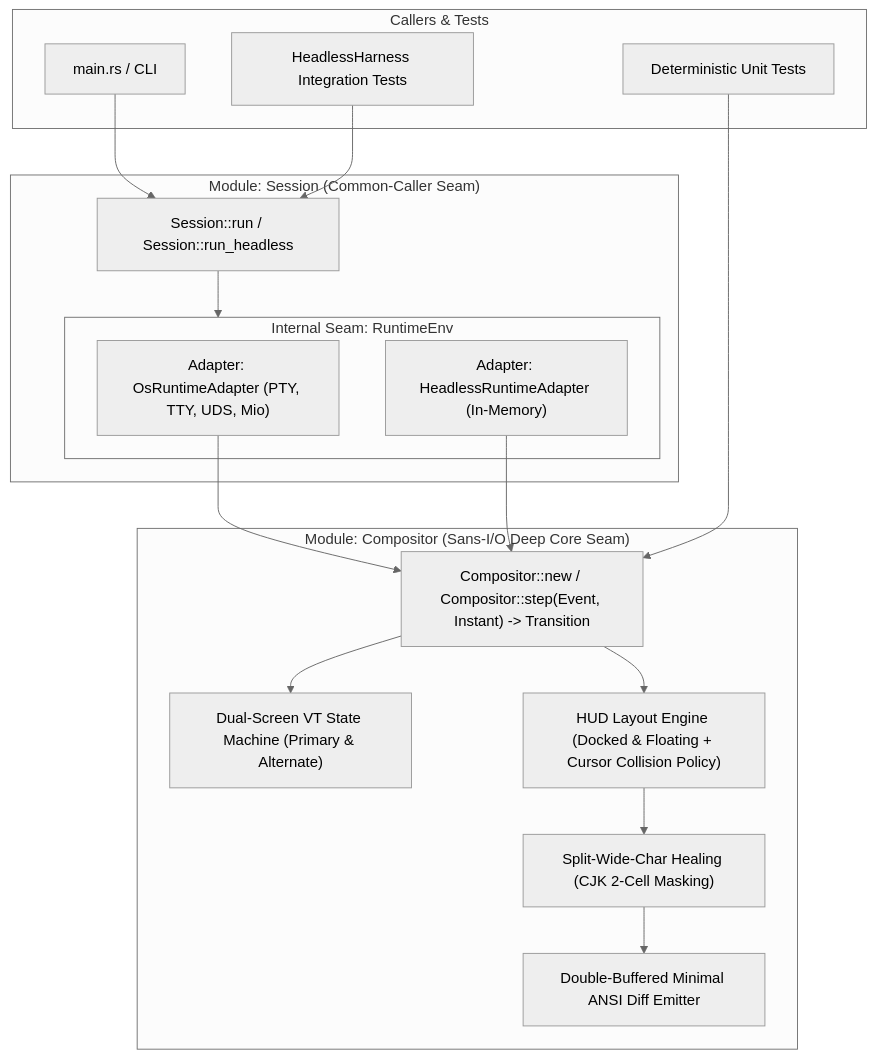
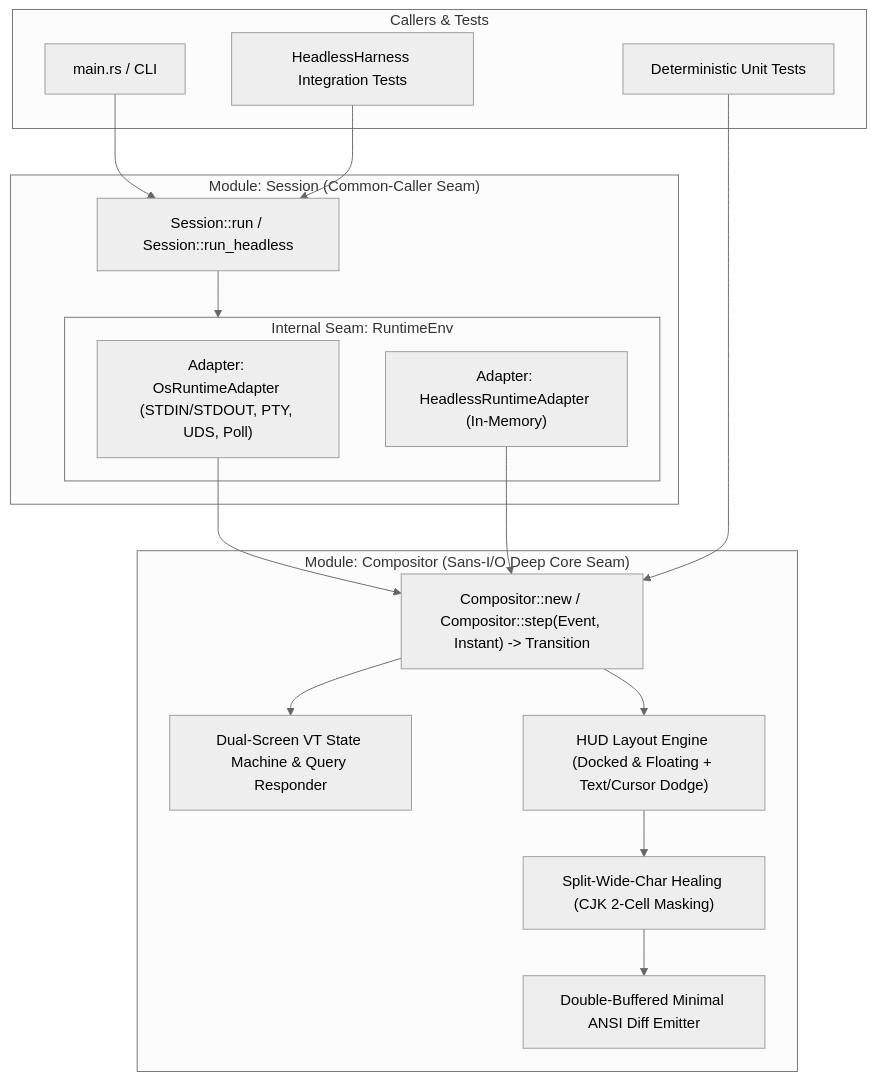
Before and after one commit to yamadayuki/thud: the diagram in docs/architecture/compositor-module.md, drawn with Mermaid (neutral theme). The commit also changed other lines of this file and 6 other files, not shown here.

Commit message:
fix(session,compositor): fix macOS stdin polling, respond to VT/fish queries, and dodge underlying text

````diff
--- a/docs/architecture/compositor-module.md
+++ b/docs/architecture/compositor-module.md
@@ -14,35 +14,35 @@
 ```mermaid
 flowchart TB
     subgraph ExternalCallers["Callers & Tests"]
         CLI["main.rs / CLI"]
         UnitTest["Deterministic Unit Tests"]
         IntegTest["HeadlessHarness Integration Tests"]
     end
 
     subgraph SessionModule["Module: Session (Common-Caller Seam)"]
         SessionRun["Session::run / Session::run_headless"]
         subgraph InternalSeam["Internal Seam: RuntimeEnv"]
-            OsAdapter["Adapter: OsRuntimeAdapter (PTY, TTY, UDS, Mio)"]
+            OsAdapter["Adapter: OsRuntimeAdapter (STDIN/STDOUT, PTY, UDS, Poll)"]
             HeadlessAdapter["Adapter: HeadlessRuntimeAdapter (In-Memory)"]
         end
     end
 
     subgraph CompositorModule["Module: Compositor (Sans-I/O Deep Core Seam)"]
         Step["Compositor::new / Compositor::step(Event, Instant) -> Transition"]
-        VTE["Dual-Screen VT State Machine (Primary & Alternate)"]
-        Layout["HUD Layout Engine (Docked & Floating + Cursor Collision Policy)"]
+        VTE["Dual-Screen VT State Machine & Query Responder"]
+        Layout["HUD Layout Engine (Docked & Floating + Text/Cursor Dodge)"]
         CJK["Split-Wide-Char Healing (CJK 2-Cell Masking)"]
         Diff["Double-Buffered Minimal ANSI Diff Emitter"]
         Step --> VTE
         Step --> Layout
         Layout --> CJK
         CJK --> Diff
     end
 
     CLI --> SessionRun
     IntegTest --> SessionRun
     SessionRun --> InternalSeam
     OsAdapter --> Step
     HeadlessAdapter --> Step
     UnitTest --> Step
 ```
````
